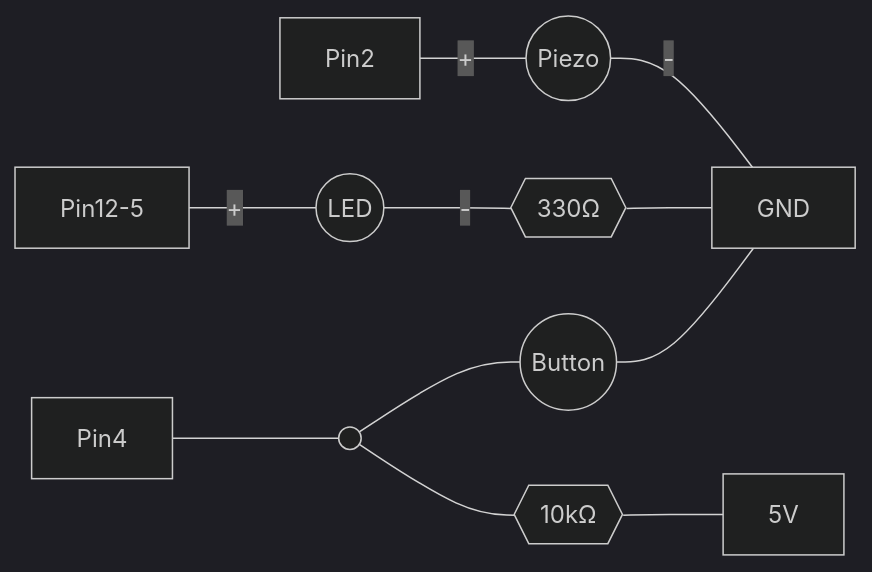
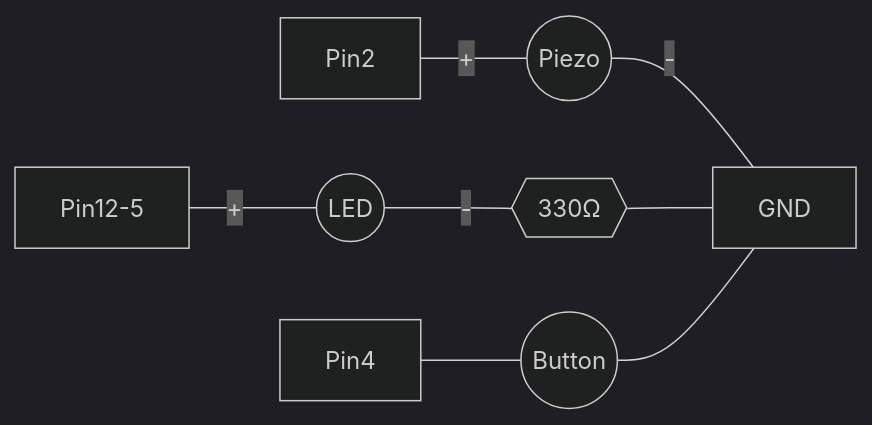
One commit to tannerntannern/scoop-duty changed the second of 2 diagrams in README.md. Above: the diagram before and after it, drawn with Mermaid (dark theme). The commit also changed other lines of this file and 1 other file, not shown here.

Commit message:
Refinements from initial prototype & testing

````diff
--- a/README.md
+++ b/README.md
@@ -45,7 +45,6 @@
 ```mermaid
 flowchart LR
 Pin2 ---|+| Piezo((Piezo)) ---|-| GND
 Pin12-5 ---|+| LED((LED)) ---|-| R1{{330Ω}} --- GND
-Pin4 --- b1(( )) --- Button((Button)) --- GND
-b1 --- R2{{10kΩ}} --- 5V
+Pin4 --- Button((Button)) --- GND
 ```
````
